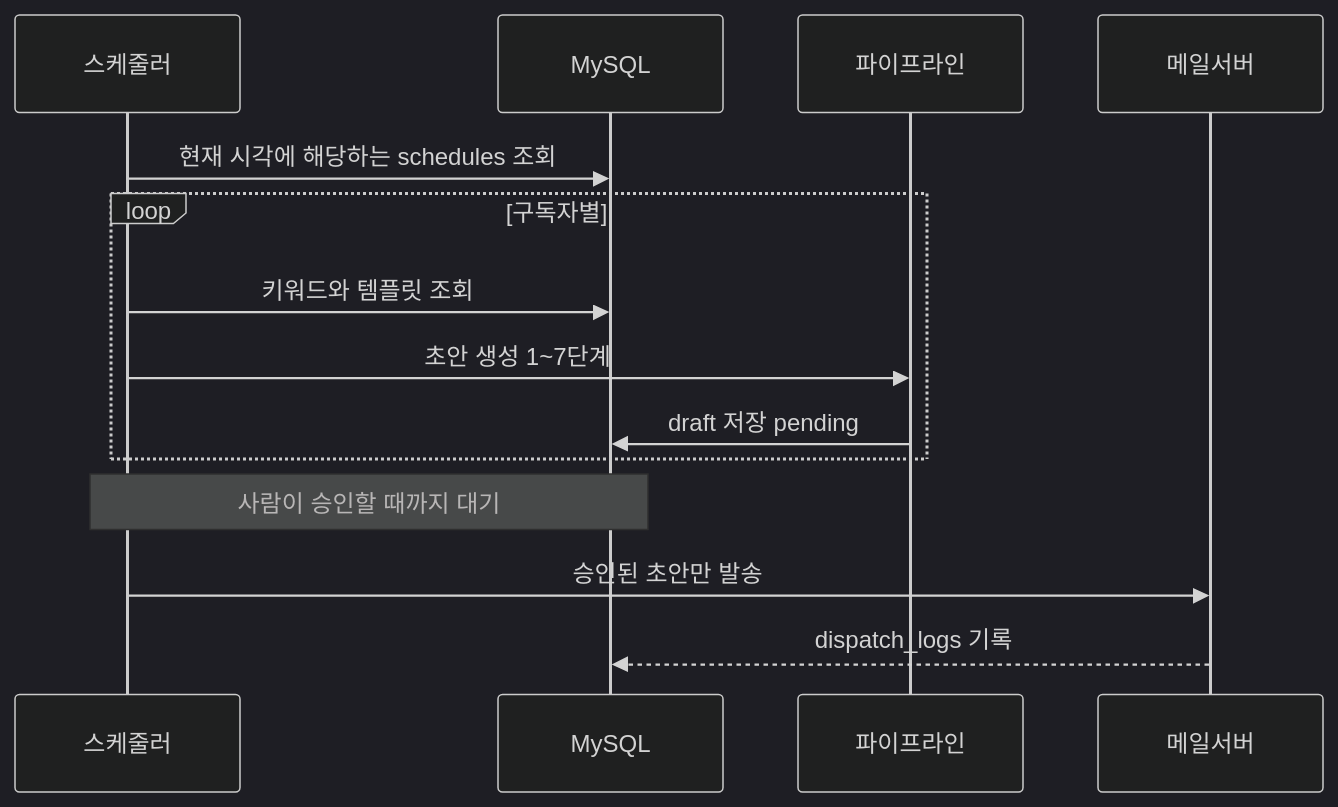
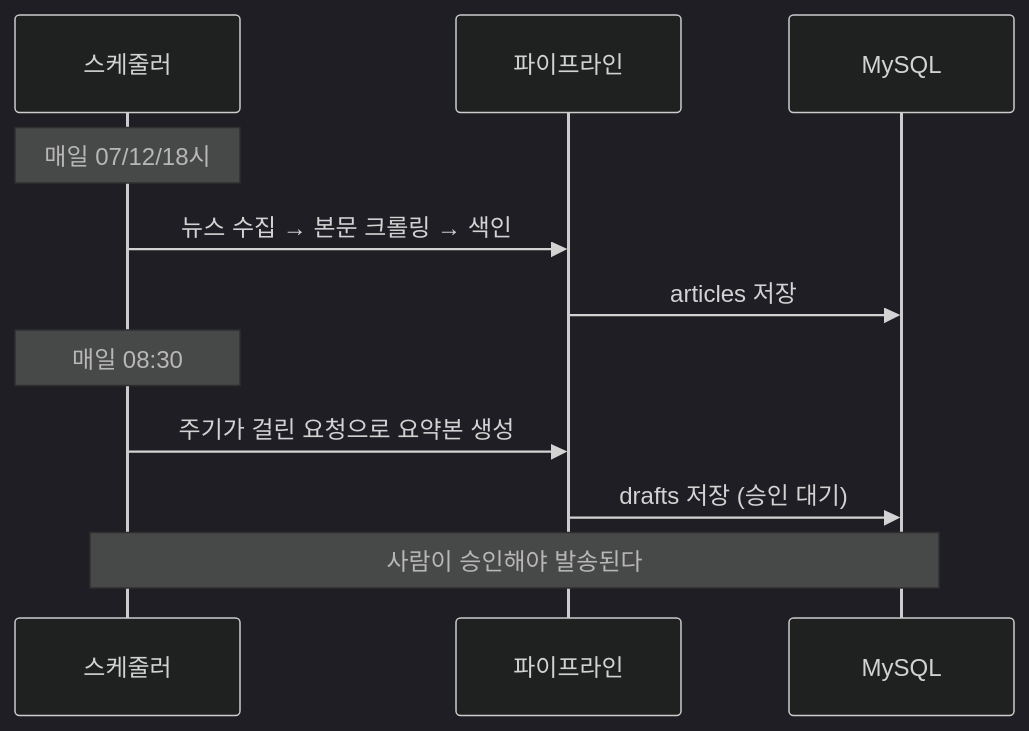
One commit to chois9105/mulcam changed the fifth of 5 diagrams in ARCHITECTURE.md. Above: the diagram before and after it, drawn with Mermaid (dark theme). The commit also changed other lines of this file and 4 other files, not shown here.

````diff
--- a/ARCHITECTURE.md
+++ b/ARCHITECTURE.md
@@ -270,17 +307,15 @@
 ```mermaid
 sequenceDiagram
     participant S as 스케줄러
+    participant B as 파이프라인
     participant D as MySQL
-    participant B as 파이프라인
-    participant M as 메일서버
 
-    S->>D: 현재 시각에 해당하는 schedules 조회
-    loop 구독자별
-        S->>D: 키워드와 템플릿 조회
-        S->>B: 초안 생성 1~7단계
-        B->>D: draft 저장 pending
-    end
-    Note over S,D: 사람이 승인할 때까지 대기
-    S->>M: 승인된 초안만 발송
-    M-->>D: dispatch_logs 기록
+    Note over S: 매일 07/12/18시
+    S->>B: 뉴스 수집 → 본문 크롤링 → 색인
+    B->>D: articles 저장
+
+    Note over S: 매일 08:30
+    S->>B: 주기가 걸린 요청으로 요약본 생성
+    B->>D: drafts 저장 (승인 대기)
+    Note over S,D: 사람이 승인해야 발송된다
 ```
````
